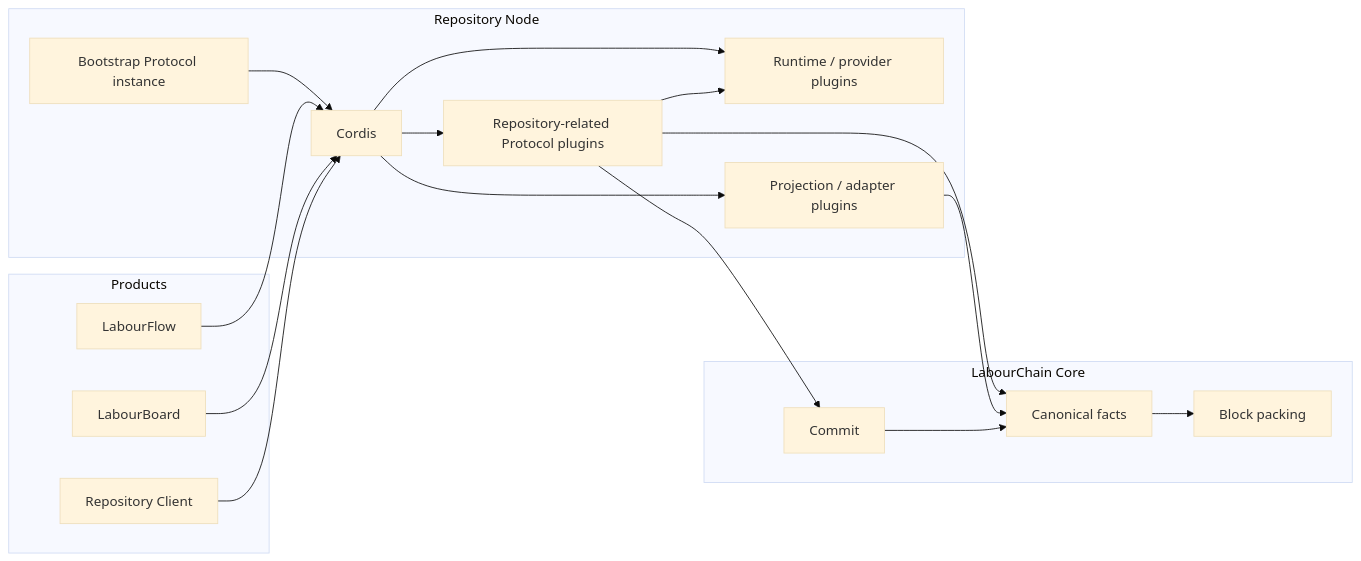
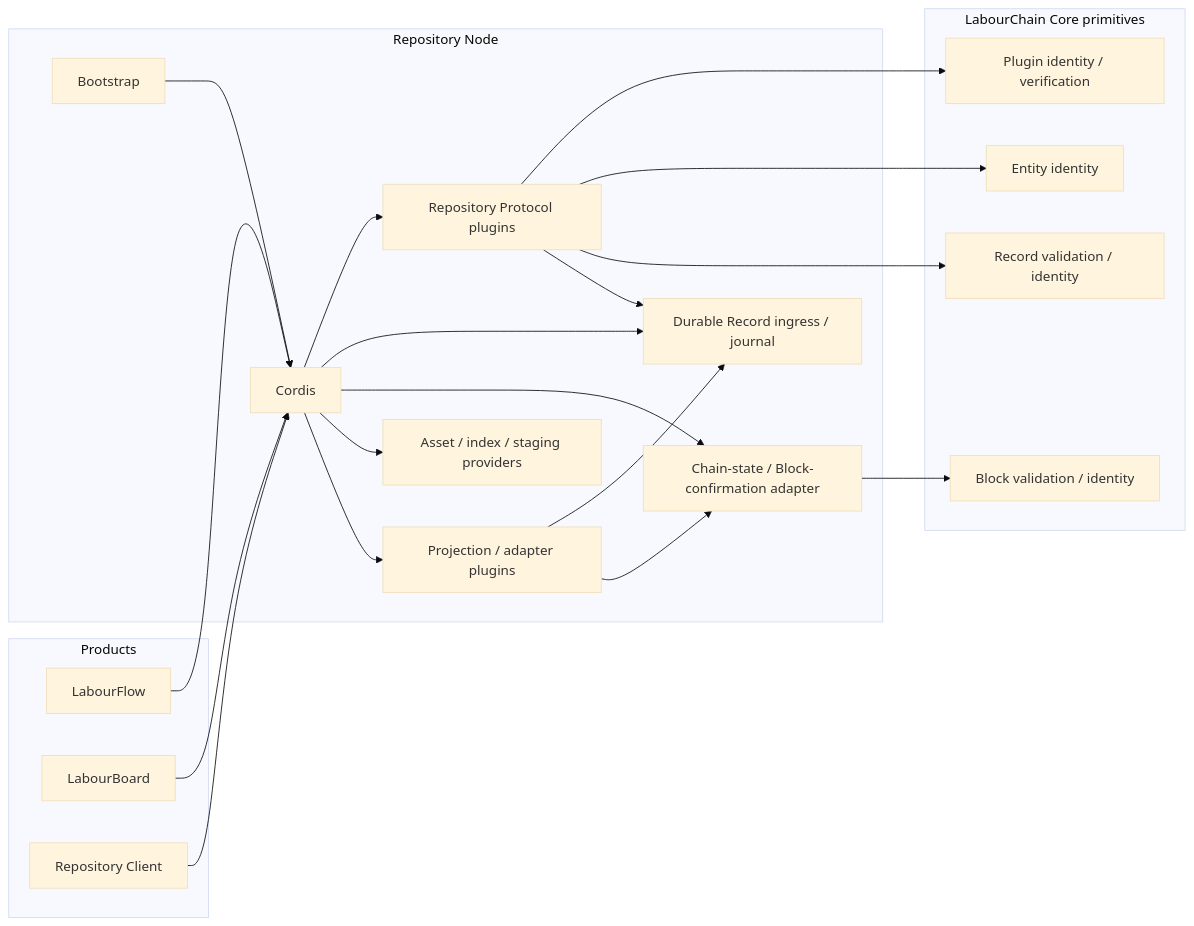
The second of 5 diagrams in docs/architecture.md (labourchain/repository), drawn with Mermaid (base theme) before and after one commit. The commit also changed other lines of this file and 6 other files, not shown here.

First line of the commit message:
docs: align Repository acceptance with current Core boundary (#16)

````diff
--- a/docs/architecture.md
+++ b/docs/architecture.md
@@ -96,38 +121,44 @@
 ```mermaid
 flowchart LR
     subgraph Products["Products"]
         Flow["LabourFlow"]
         Board["LabourBoard"]
         Client["Repository Client"]
     end
 
     subgraph Node["Repository Node"]
-        Bootstrap["Bootstrap Protocol instance"]
+        Bootstrap["Bootstrap"]
         Cordis["Cordis"]
-        RepoPlugins["Repository-related Protocol plugins"]
-        Providers["Runtime / provider plugins"]
+        RepoPlugins["Repository Protocol plugins"]
+        Journal["Durable Record ingress / journal"]
+        ChainState["Chain-state / Block-confirmation adapter"]
+        Providers["Asset / index / staging providers"]
         Views["Projection / adapter plugins"]
     end
 
-    subgraph Core["LabourChain Core"]
-        Facts["Canonical facts"]
-        Commit["Commit"]
-        Block["Block packing"]
+    subgraph Core["LabourChain Core primitives"]
+        Plugin["Plugin identity / verification"]
+        Entity["Entity identity"]
+        Record["Record validation / identity"]
+        Block["Block validation / identity"]
     end
 
     Bootstrap --> Cordis
     Cordis --> RepoPlugins
+    Cordis --> Journal
+    Cordis --> ChainState
     Cordis --> Providers
     Cordis --> Views
 
     Flow --> Cordis
     Board --> Cordis
     Client --> Cordis
 
-    RepoPlugins --> Providers
-    RepoPlugins --> Facts
-    RepoPlugins --> Commit
-    Views --> Facts
-    Commit --> Facts
-    Facts --> Block
+    RepoPlugins --> Plugin
+    RepoPlugins --> Entity
+    RepoPlugins --> Record
+    RepoPlugins --> Journal
+    Views --> Journal
+    Views --> ChainState
+    ChainState --> Block
 ```
````
